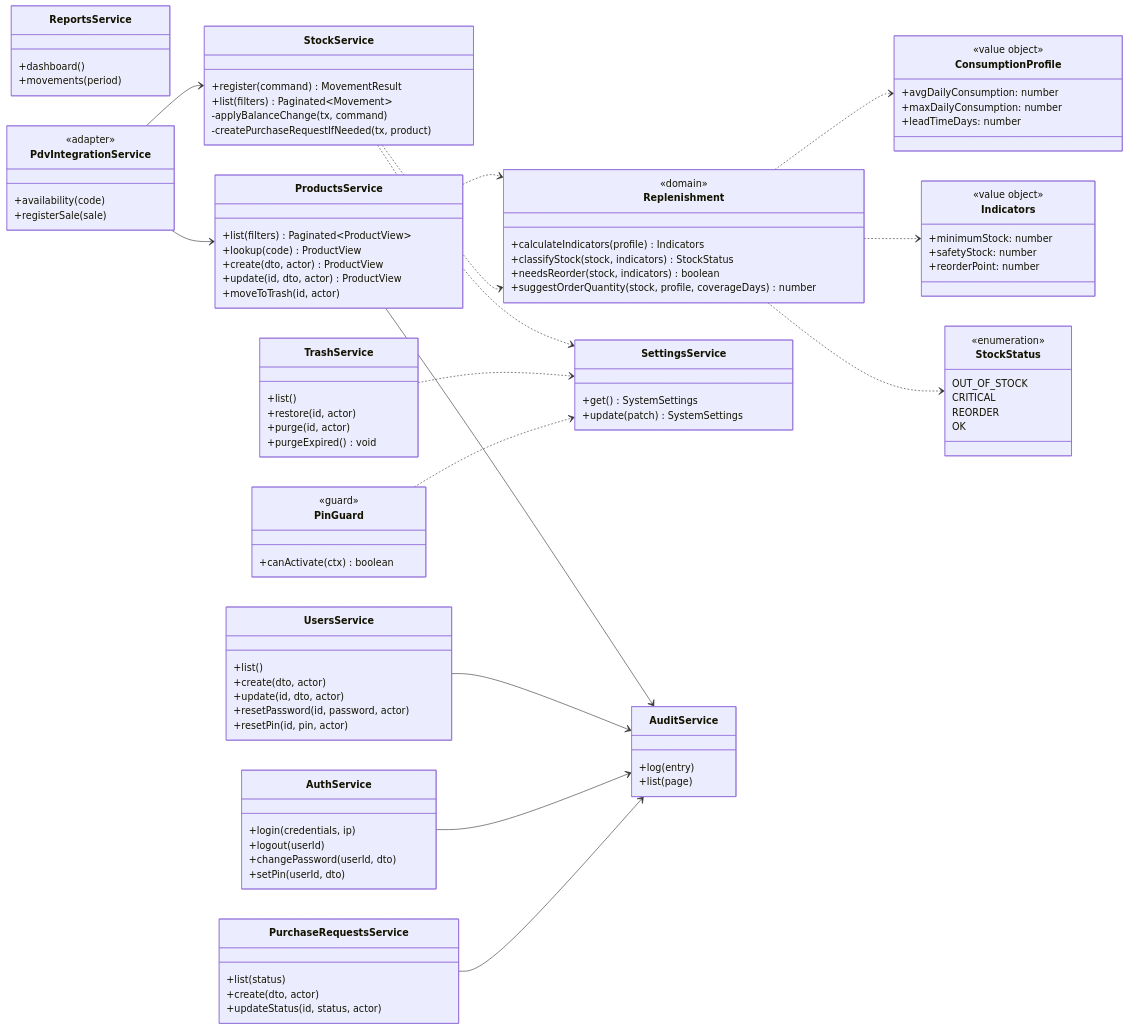
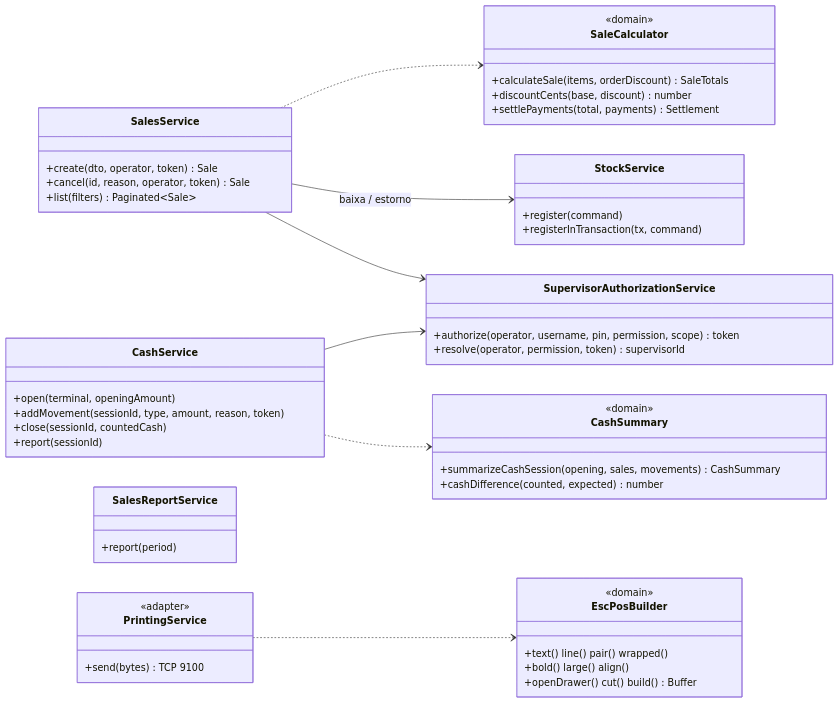
Before and after one commit to tassiocarvalho/vl-estoque: the fifth of 11 diagrams in README.md, drawn with Mermaid. The commit also changed other lines of this file and 109 other files, not shown here.

````diff
--- a/README.md
+++ b/README.md
@@ -356,104 +417,54 @@
 classDiagram
     direction LR
 
-    class Replenishment {
+    class SaleCalculator {
         <<domain>>
-        +calculateIndicators(profile) Indicators
-        +classifyStock(stock, indicators) StockStatus
-        +needsReorder(stock, indicators) boolean
-        +suggestOrderQuantity(stock, profile, coverageDays) number
+        +calculateSale(items, orderDiscount) SaleTotals
+        +discountCents(base, discount) number
+        +settlePayments(total, payments) Settlement
     }
-    class ConsumptionProfile {
-        <<value object>>
-        +avgDailyConsumption: number
-        +maxDailyConsumption: number
-        +leadTimeDays: number
+    class CashSummary {
+        <<domain>>
+        +summarizeCashSession(opening, sales, movements) CashSummary
+        +cashDifference(counted, expected) number
     }
-    class Indicators {
-        <<value object>>
-        +minimumStock: number
-        +safetyStock: number
-        +reorderPoint: number
+    class EscPosBuilder {
+        <<domain>>
+        +text() line() pair() wrapped()
+        +bold() large() align()
+        +openDrawer() cut() build() Buffer
     }
-    class StockStatus {
-        <<enumeration>>
-        OUT_OF_STOCK
-        CRITICAL
-        REORDER
-        OK
+    class SalesService {
+        +create(dto, operator, token) Sale
+        +cancel(id, reason, operator, token) Sale
+        +list(filters) Paginated~Sale~
+    }
+    class CashService {
+        +open(terminal, openingAmount)
+        +addMovement(sessionId, type, amount, reason, token)
+        +close(sessionId, countedCash)
+        +report(sessionId)
+    }
+    class SupervisorAuthorizationService {
+        +authorize(operator, username, pin, permission, scope) token
+        +resolve(operator, permission, token) supervisorId
+    }
+    class SalesReportService {
+        +report(period)
+    }
+    class PrintingService {
+        <<adapter>>
+        +send(bytes) TCP 9100
+    }
+    class StockService {
+        +register(command)
+        +registerInTransaction(tx, command)
     }
 
-    class ProductsService {
-        +list(filters) Paginated~ProductView~
-        +lookup(code) ProductView
-        +create(dto, actor) ProductView
-        +update(id, dto, actor) ProductView
-        +moveToTrash(id, actor)
-    }
-    class TrashService {
-        +list()
-        +restore(id, actor)
-        +purge(id, actor)
-        +purgeExpired() void
-    }
-    class StockService {
-        +register(command) MovementResult
-        +list(filters) Paginated~Movement~
-        -applyBalanceChange(tx, command)
-        -createPurchaseRequestIfNeeded(tx, product)
-    }
-    class PurchaseRequestsService {
-        +list(status)
-        +create(dto, actor)
-        +updateStatus(id, status, actor)
-    }
-    class ReportsService {
-        +dashboard()
-        +movements(period)
-    }
-    class AuthService {
-        +login(credentials, ip)
-        +logout(userId)
-        +changePassword(userId, dto)
-        +setPin(userId, dto)
-    }
-    class UsersService {
-        +list()
-        +create(dto, actor)
-        +update(id, dto, actor)
-        +resetPassword(id, password, actor)
-        +resetPin(id, pin, actor)
-    }
-    class SettingsService {
-        +get() SystemSettings
-        +update(patch) SystemSettings
-    }
-    class AuditService {
-        +log(entry)
-        +list(page)
-    }
-    class PdvIntegrationService {
-        <<adapter>>
-        +availability(code)
-        +registerSale(sale)
-    }
-    class PinGuard {
-        <<guard>>
-        +canActivate(ctx) boolean
-    }
-
-    Replenishment ..> ConsumptionProfile
-    Replenishment ..> Indicators
-    Replenishment ..> StockStatus
-    ProductsService ..> Replenishment
-    StockService ..> Replenishment
-    StockService ..> SettingsService
-    TrashService ..> SettingsService
-    PinGuard ..> SettingsService
-    PdvIntegrationService --> ProductsService
-    PdvIntegrationService --> StockService
-    ProductsService --> AuditService
-    UsersService --> AuditService
-    AuthService --> AuditService
-    PurchaseRequestsService --> AuditService
+    SalesService ..> SaleCalculator
+    SalesService --> StockService : baixa / estorno
+    SalesService --> SupervisorAuthorizationService
+    CashService ..> CashSummary
+    CashService --> SupervisorAuthorizationService
+    PrintingService ..> EscPosBuilder
 ```
````
